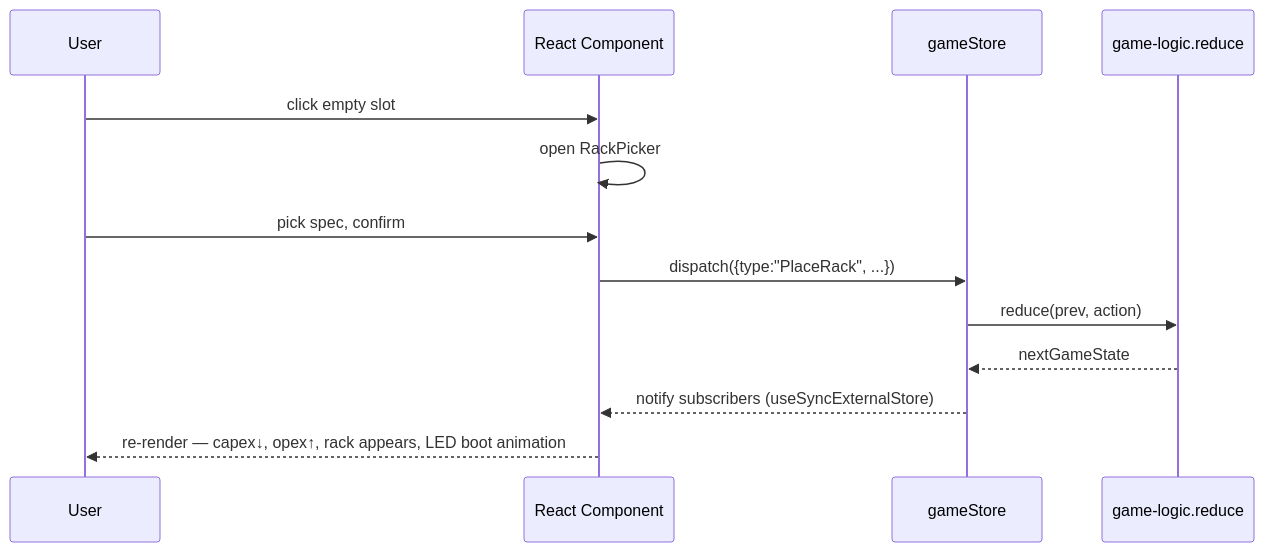
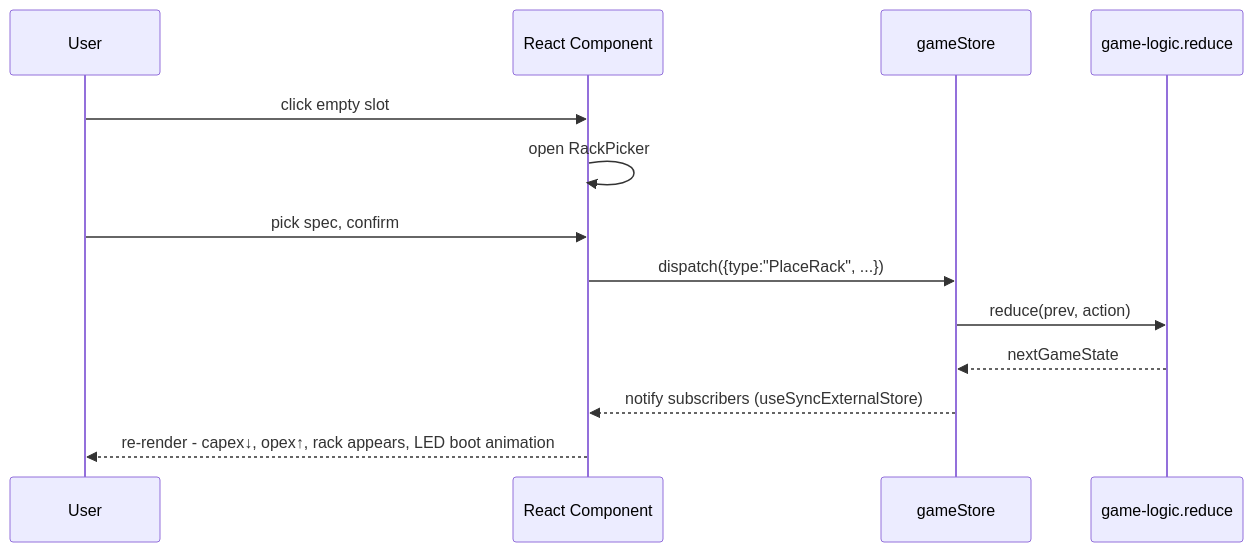
The second of 3 diagrams in .agents/plans/002-web-frontend-mvp.md (championswimmer/datacenter-tycoon), drawn with Mermaid before and after one commit. The commit also changed other lines of this file and 22 other files, not shown here.

````diff
--- a/.agents/plans/002-web-frontend-mvp.md
+++ b/.agents/plans/002-web-frontend-mvp.md
@@ -139,15 +139,15 @@
 ```mermaid
 sequenceDiagram
     participant U as User
     participant UI as React Component
     participant S as gameStore
     participant GL as game-logic.reduce
     U->>UI: click empty slot
     UI->>UI: open RackPicker
     U->>UI: pick spec, confirm
     UI->>S: dispatch({type:"PlaceRack", ...})
     S->>GL: reduce(prev, action)
     GL-->>S: nextGameState
     S-->>UI: notify subscribers (useSyncExternalStore)
-    UI-->>U: re-render — capex↓, opex↑, rack appears, LED boot animation
+    UI-->>U: re-render - capex↓, opex↑, rack appears, LED boot animation
 ```
````
